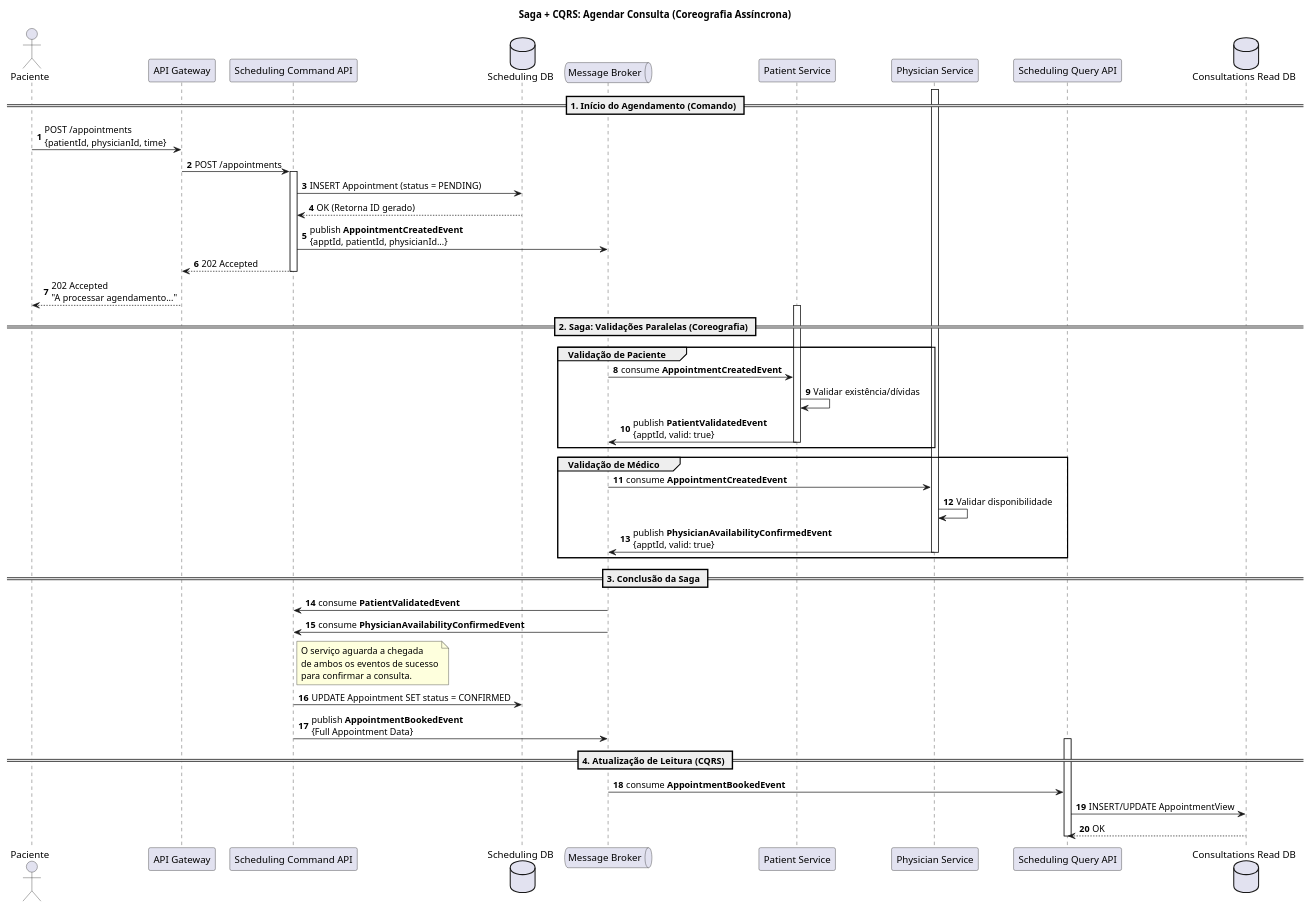
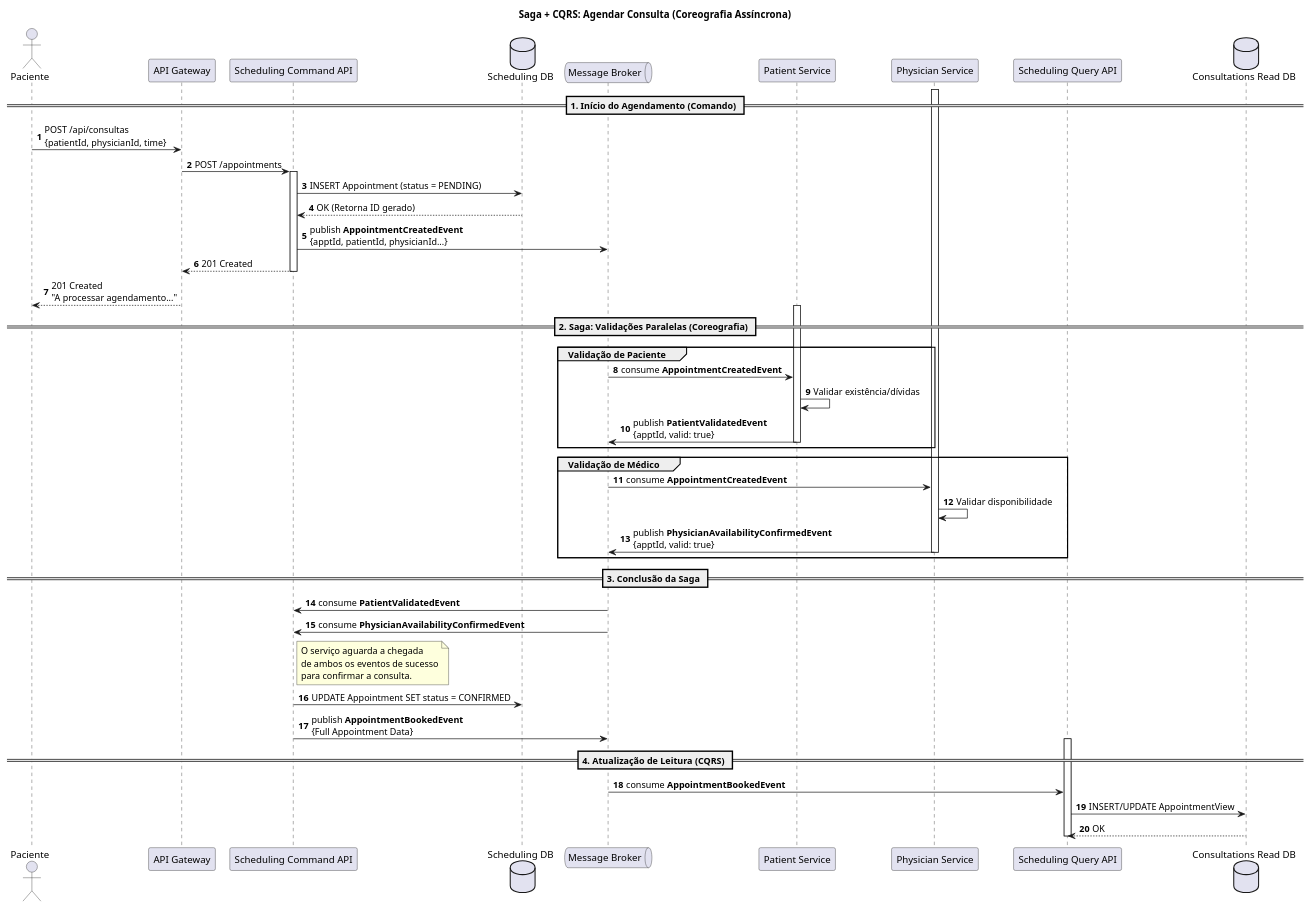
The diagram in docs/2_entrega/Sequence Diagram/Diagrama de Sequência - Agendar Consulta.puml (Parafita123/LETI_SIDIS_3DA_2), drawn with PlantUML before and after one commit. The commit also changed 36 other files, not shown here.

```diff
--- a/docs/2_entrega/Sequence Diagram/Diagrama de Sequência - Agendar Consulta.puml
+++ b/docs/2_entrega/Sequence Diagram/Diagrama de Sequência - Agendar Consulta.puml
@@ -1,76 +1,76 @@
 @startuml
 title Saga + CQRS: Agendar Consulta (Coreografia Assíncrona)
 
 actor "Paciente" as User
 participant "API Gateway" as Gateway
 participant "Scheduling Command API" as SchedCmd
 database "Scheduling DB" as WDB
 queue "Message Broker" as Broker
 participant "Patient Service" as PatSvc
 participant "Physician Service" as DocSvc
 participant "Scheduling Query API" as SchedQuery
 database "Consultations Read DB" as RDB
 
 autonumber
 
 == 1. Início do Agendamento (Comando) ==
 
-User -> Gateway : POST /appointments\n{patientId, physicianId, time}
+User -> Gateway : POST /api/consultas\n{patientId, physicianId, time}
 Gateway -> SchedCmd : POST /appointments
 
 activate SchedCmd
 
     SchedCmd -> WDB : INSERT Appointment (status = PENDING)
     WDB --> SchedCmd : OK (Retorna ID gerado)
 
     SchedCmd -> Broker : publish **AppointmentCreatedEvent**\n{apptId, patientId, physicianId...}
 
-    SchedCmd --> Gateway : 202 Accepted
+    SchedCmd --> Gateway : 201 Created
 deactivate SchedCmd
 
-Gateway --> User : 202 Accepted\n"A processar agendamento..."
+Gateway --> User : 201 Created\n"A processar agendamento..."
 
 == 2. Saga: Validações Paralelas (Coreografia) ==
 
 group Validação de Paciente
     activate PatSvc
     Broker -> PatSvc : consume **AppointmentCreatedEvent**
     PatSvc -> PatSvc : Validar existência/dívidas
     PatSvc -> Broker : publish **PatientValidatedEvent**\n{apptId, valid: true}
     deactivate PatSvc
 end
 
 group Validação de Médico
     activate DocSvc
     Broker -> DocSvc : consume **AppointmentCreatedEvent**
     DocSvc -> DocSvc : Validar disponibilidade
     DocSvc -> Broker : publish **PhysicianAvailabilityConfirmedEvent**\n{apptId, valid: true}
     deactivate DocSvc
 end
 
 == 3. Conclusão da Saga ==
 
 activate SchedCmd
     Broker -> SchedCmd : consume **PatientValidatedEvent**
     Broker -> SchedCmd : consume **PhysicianAvailabilityConfirmedEvent**
 
     note right of SchedCmd
       O serviço aguarda a chegada
       de ambos os eventos de sucesso
       para confirmar a consulta.
     end note
 
     SchedCmd -> WDB : UPDATE Appointment SET status = CONFIRMED
 
     SchedCmd -> Broker : publish **AppointmentBookedEvent**\n{Full Appointment Data}
 deactivate SchedCmd
 
 == 4. Atualização de Leitura (CQRS) ==
 
 activate SchedQuery
     Broker -> SchedQuery : consume **AppointmentBookedEvent**
     SchedQuery -> RDB : INSERT/UPDATE AppointmentView
     RDB --> SchedQuery : OK
 deactivate SchedQuery
 
 @enduml
```
